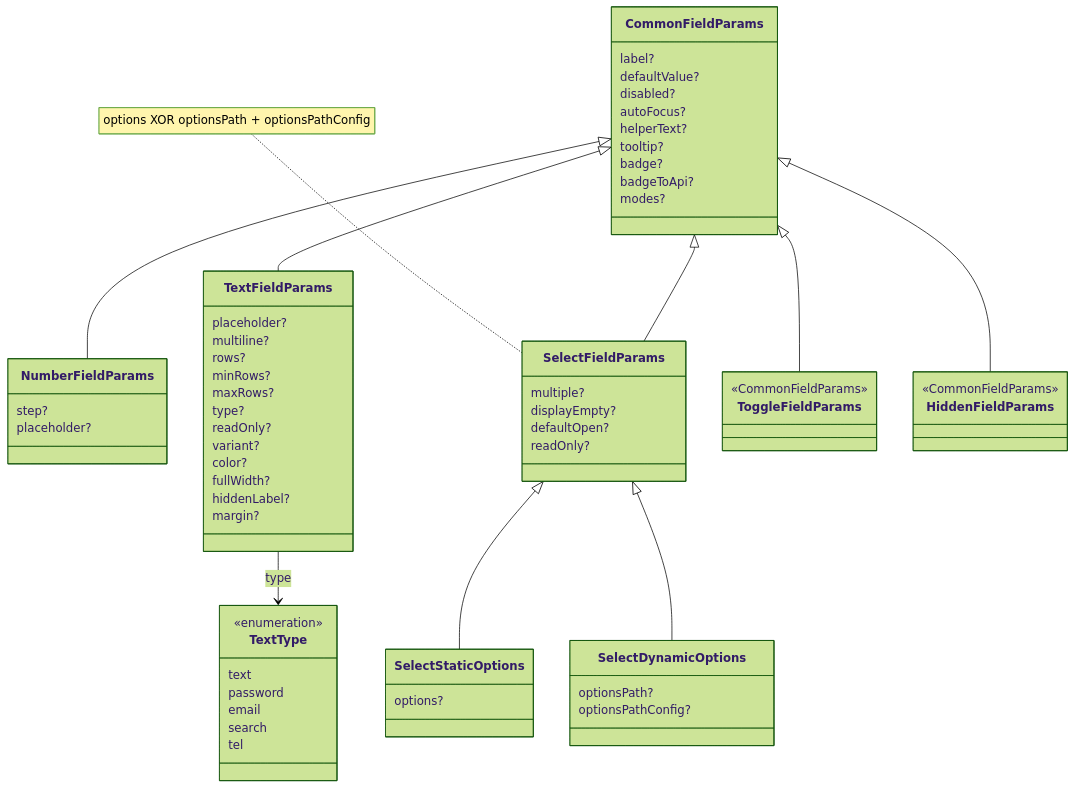
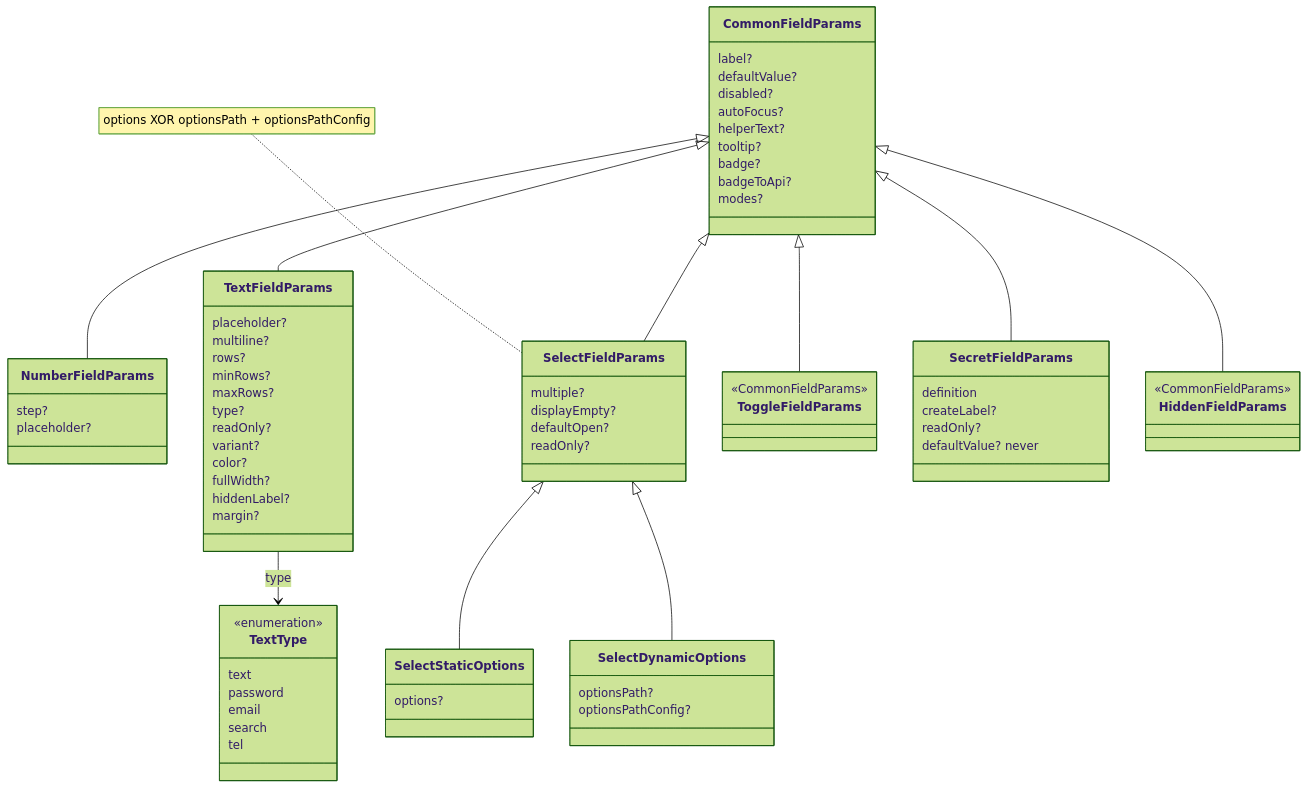
Before and after one commit to AdityaPimpalkar/openeverest: the fifth of 6 diagrams in docs/ui/architecture/ui-generator/schema-reference.md, drawn with Mermaid (forest theme). The commit also changed other lines of this file and 56 other files, not shown here.

First line of the commit message:
2542 UI generator secret field (#2543)

````diff
--- a/docs/ui/architecture/ui-generator/schema-reference.md
+++ b/docs/ui/architecture/ui-generator/schema-reference.md
@@ -92,68 +92,75 @@
 ```mermaid
 classDiagram
   class CommonFieldParams {
     label?
     defaultValue?
     disabled?
     autoFocus?
     helperText?
     tooltip?
     badge?
     badgeToApi?
     modes?
   }
   class NumberFieldParams {
     step?
     placeholder?
   }
   class TextFieldParams {
     placeholder?
     multiline?
     rows?
     minRows?
     maxRows?
     type?
     readOnly?
     variant?
     color?
     fullWidth?
     hiddenLabel?
     margin?
   }
   class TextType {
     <<enumeration>>
     text
     password
     email
     search
     tel
   }
   class SelectFieldParams {
     multiple?
     displayEmpty?
     defaultOpen?
     readOnly?
   }
   class SelectStaticOptions {
     options?
   }
   class SelectDynamicOptions {
     optionsPath?
     optionsPathConfig?
   }
   class ToggleFieldParams {
     <<CommonFieldParams>>
   }
+  class SecretFieldParams {
+    definition
+    createLabel?
+    readOnly?
+    defaultValue? never
+  }
   class HiddenFieldParams {
     <<CommonFieldParams>>
   }
   CommonFieldParams <|-- NumberFieldParams
   CommonFieldParams <|-- TextFieldParams
   CommonFieldParams <|-- SelectFieldParams
   CommonFieldParams <|-- ToggleFieldParams
+  CommonFieldParams <|-- SecretFieldParams
   CommonFieldParams <|-- HiddenFieldParams
   TextFieldParams --> TextType : type
   SelectFieldParams <|-- SelectStaticOptions
   SelectFieldParams <|-- SelectDynamicOptions
   note for SelectFieldParams "options XOR optionsPath + optionsPathConfig"
 ```
````
